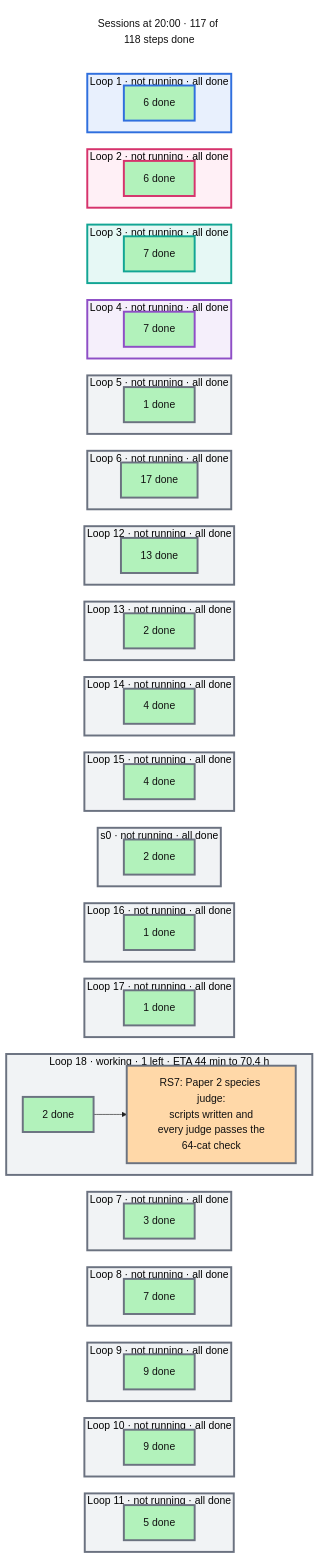
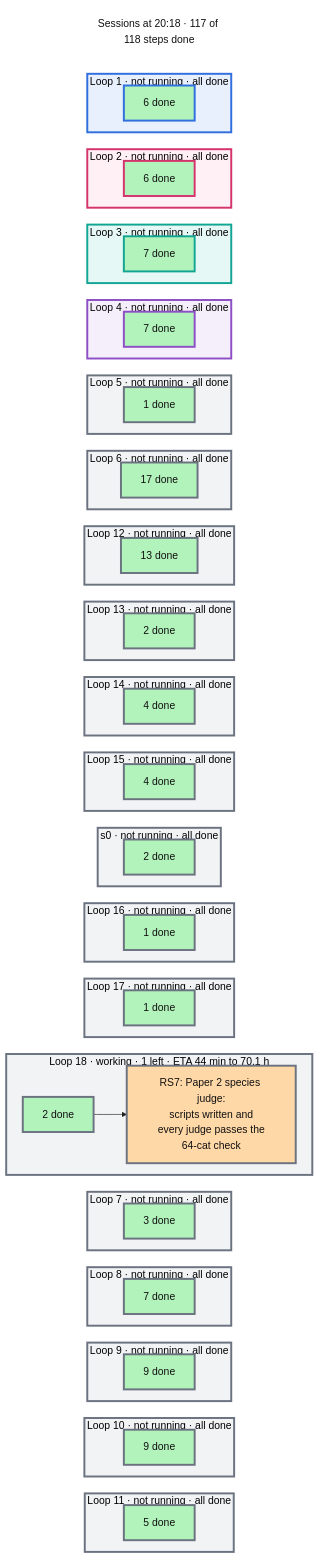
Before and after one commit to mo-rsa24/concept-composition: the diagram in artifacts/notes/progress/sessions.mmd, drawn with Mermaid. The commit also changed 8 other files, not shown here.

```diff
--- a/artifacts/notes/progress/sessions.mmd
+++ b/artifacts/notes/progress/sessions.mmd
@@ -1,124 +1,124 @@
 %%{init: {'theme': 'base', 'themeVariables': {'fontFamily': 'monospace', 'primaryColor': '#ffffff', 'primaryBorderColor': '#222222', 'primaryTextColor': '#111111', 'lineColor': '#222222'}, 'flowchart': {'nodeSpacing': 16, 'rankSpacing': 26}}}%%
 flowchart TB
   classDef done fill:#b2f2bb,color:#111111
   classDef doing fill:#ffd8a8,color:#111111
   classDef todo fill:#e9ecef,color:#111111
   classDef note fill:#ffffff,stroke:#c92a2a,stroke-dasharray:5 5,color:#c92a2a
-  now["Sessions at 20:00 · 117 of 118 steps done"]
+  now["Sessions at 20:18 · 117 of 118 steps done"]
   style now fill:#ffffff,stroke:#ffffff,color:#111111
   subgraph L0["Loop 1 · not running · all done"]
     direction LR
     d0["6 done"]:::done
   end
   subgraph L1["Loop 2 · not running · all done"]
     direction LR
     d1["6 done"]:::done
   end
   subgraph L2["Loop 3 · not running · all done"]
     direction LR
     d2["7 done"]:::done
   end
   subgraph L3["Loop 4 · not running · all done"]
     direction LR
     d3["7 done"]:::done
   end
   subgraph L4["Loop 5 · not running · all done"]
     direction LR
     d4["1 done"]:::done
   end
   subgraph L5["Loop 6 · not running · all done"]
     direction LR
     d5["17 done"]:::done
   end
   subgraph L6["Loop 12 · not running · all done"]
     direction LR
     d6["13 done"]:::done
   end
   subgraph L7["Loop 13 · not running · all done"]
     direction LR
     d7["2 done"]:::done
   end
   subgraph L8["Loop 14 · not running · all done"]
     direction LR
     d8["4 done"]:::done
   end
   subgraph L9["Loop 15 · not running · all done"]
     direction LR
     d9["4 done"]:::done
   end
   subgraph L10["s0 · not running · all done"]
     direction LR
     d10["2 done"]:::done
   end
   subgraph L11["Loop 16 · not running · all done"]
     direction LR
     d11["1 done"]:::done
   end
   subgraph L12["Loop 17 · not running · all done"]
     direction LR
     d12["1 done"]:::done
   end
-  subgraph L13["Loop 18 · working · 1 left · ETA 44 min to 70.4 h"]
+  subgraph L13["Loop 18 · working · 1 left · ETA 44 min to 70.1 h"]
     direction LR
     d13["2 done"]:::done --> n_RS7["RS7: Paper 2 species judge:<br/>scripts written and<br/>every judge passes the<br/>64-cat check"]:::doing
   end
   subgraph L14["Loop 7 · not running · all done"]
     direction LR
     d14["3 done"]:::done
   end
   subgraph L15["Loop 8 · not running · all done"]
     direction LR
     d15["7 done"]:::done
   end
   subgraph L16["Loop 9 · not running · all done"]
     direction LR
     d16["9 done"]:::done
   end
   subgraph L17["Loop 10 · not running · all done"]
     direction LR
     d17["9 done"]:::done
   end
   subgraph L18["Loop 11 · not running · all done"]
     direction LR
     d18["5 done"]:::done
   end
   now ~~~ L0 ~~~ L1 ~~~ L2 ~~~ L3 ~~~ L4 ~~~ L5 ~~~ L6 ~~~ L7 ~~~ L8 ~~~ L9 ~~~ L10 ~~~ L11 ~~~ L12 ~~~ L13 ~~~ L14 ~~~ L15 ~~~ L16 ~~~ L17 ~~~ L18
   style L0 fill:#e8f0fd,stroke:#2f6fde,stroke-width:3px
   style d0 stroke:#2f6fde,stroke-width:3px
   style L1 fill:#fff0f6,stroke:#d6336c,stroke-width:3px
   style d1 stroke:#d6336c,stroke-width:3px
   style L2 fill:#e6f8f5,stroke:#12a594,stroke-width:3px
   style d2 stroke:#12a594,stroke-width:3px
   style L3 fill:#f5effb,stroke:#8e4ec6,stroke-width:3px
   style d3 stroke:#8e4ec6,stroke-width:3px
   style L4 fill:#f1f3f5,stroke:#6b7280,stroke-width:3px
   style d4 stroke:#6b7280,stroke-width:3px
   style L5 fill:#f1f3f5,stroke:#6b7280,stroke-width:3px
   style d5 stroke:#6b7280,stroke-width:3px
   style L6 fill:#f1f3f5,stroke:#6b7280,stroke-width:3px
   style d6 stroke:#6b7280,stroke-width:3px
   style L7 fill:#f1f3f5,stroke:#6b7280,stroke-width:3px
   style d7 stroke:#6b7280,stroke-width:3px
   style L8 fill:#f1f3f5,stroke:#6b7280,stroke-width:3px
   style d8 stroke:#6b7280,stroke-width:3px
   style L9 fill:#f1f3f5,stroke:#6b7280,stroke-width:3px
   style d9 stroke:#6b7280,stroke-width:3px
   style L10 fill:#f1f3f5,stroke:#6b7280,stroke-width:3px
   style d10 stroke:#6b7280,stroke-width:3px
   style L11 fill:#f1f3f5,stroke:#6b7280,stroke-width:3px
   style d11 stroke:#6b7280,stroke-width:3px
   style L12 fill:#f1f3f5,stroke:#6b7280,stroke-width:3px
   style d12 stroke:#6b7280,stroke-width:3px
   style L13 fill:#f1f3f5,stroke:#6b7280,stroke-width:3px
   style d13 stroke:#6b7280,stroke-width:3px
   style n_RS7 stroke:#6b7280,stroke-width:3px
   style L14 fill:#f1f3f5,stroke:#6b7280,stroke-width:3px
   style d14 stroke:#6b7280,stroke-width:3px
   style L15 fill:#f1f3f5,stroke:#6b7280,stroke-width:3px
   style d15 stroke:#6b7280,stroke-width:3px
   style L16 fill:#f1f3f5,stroke:#6b7280,stroke-width:3px
   style d16 stroke:#6b7280,stroke-width:3px
   style L17 fill:#f1f3f5,stroke:#6b7280,stroke-width:3px
   style d17 stroke:#6b7280,stroke-width:3px
   style L18 fill:#f1f3f5,stroke:#6b7280,stroke-width:3px
   style d18 stroke:#6b7280,stroke-width:3px
```
